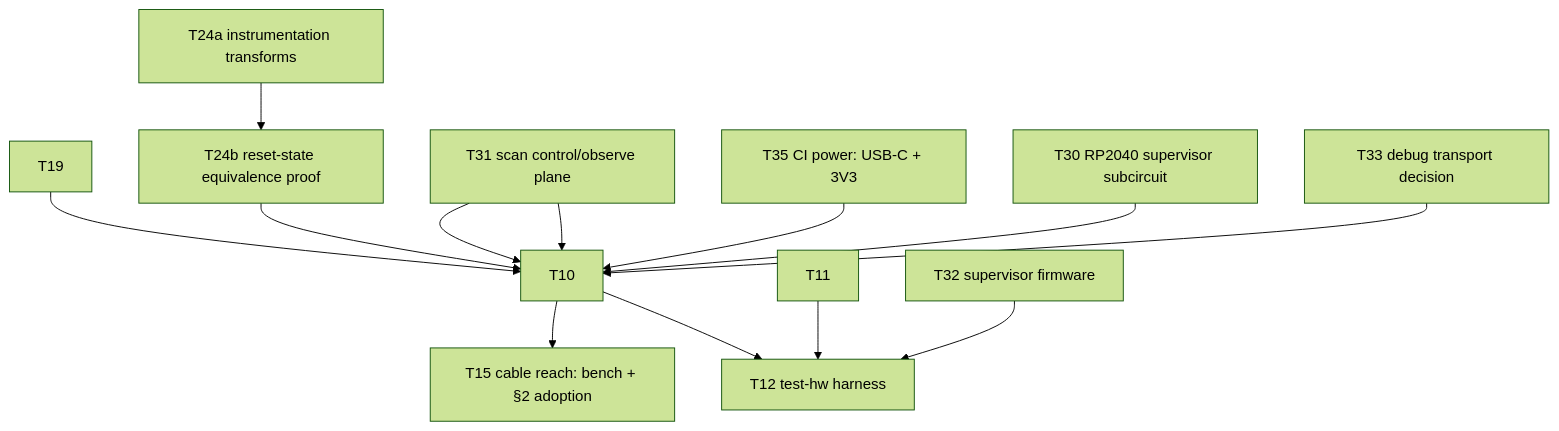
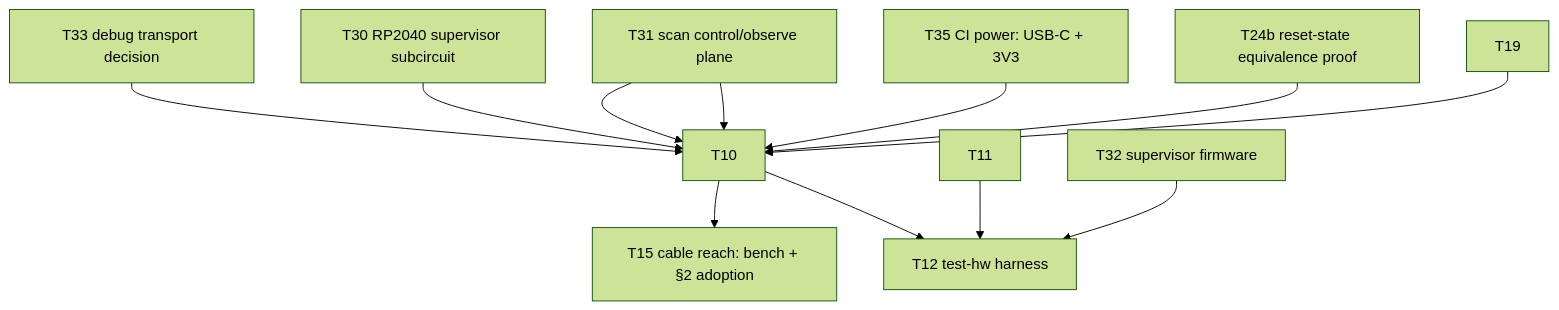
One commit to kristofferkoch/oparroy changed the diagram in KANBAN.md. Above: the diagram before and after it, drawn with Mermaid (forest theme). The commit also changed other lines of this file and 8 other files, not shown here.

First line of the commit message:
dsl: instrumentation transforms — records, scopes, engine, provenance

````diff
--- a/KANBAN.md
+++ b/KANBAN.md
@@ -34,15 +34,14 @@
 ```mermaid
 graph TD
     T19 --> T10
-    T24a[T24a instrumentation transforms] --> T24b[T24b reset-state equivalence proof]
-    T24b --> T10
+    T24b[T24b reset-state equivalence proof] --> T10
     T31[T31 scan control/observe plane] --> T10
     T35[T35 CI power: USB-C + 3V3] --> T10
     T30[T30 RP2040 supervisor subcircuit] --> T10
     T31 --> T10
     T33[T33 debug transport decision] --> T10
     T10 --> T12[T12 test-hw harness]
     T10 --> T15[T15 cable reach: bench + §2 adoption]
     T11 --> T12
     T32[T32 supervisor firmware] --> T12
 ```
````
